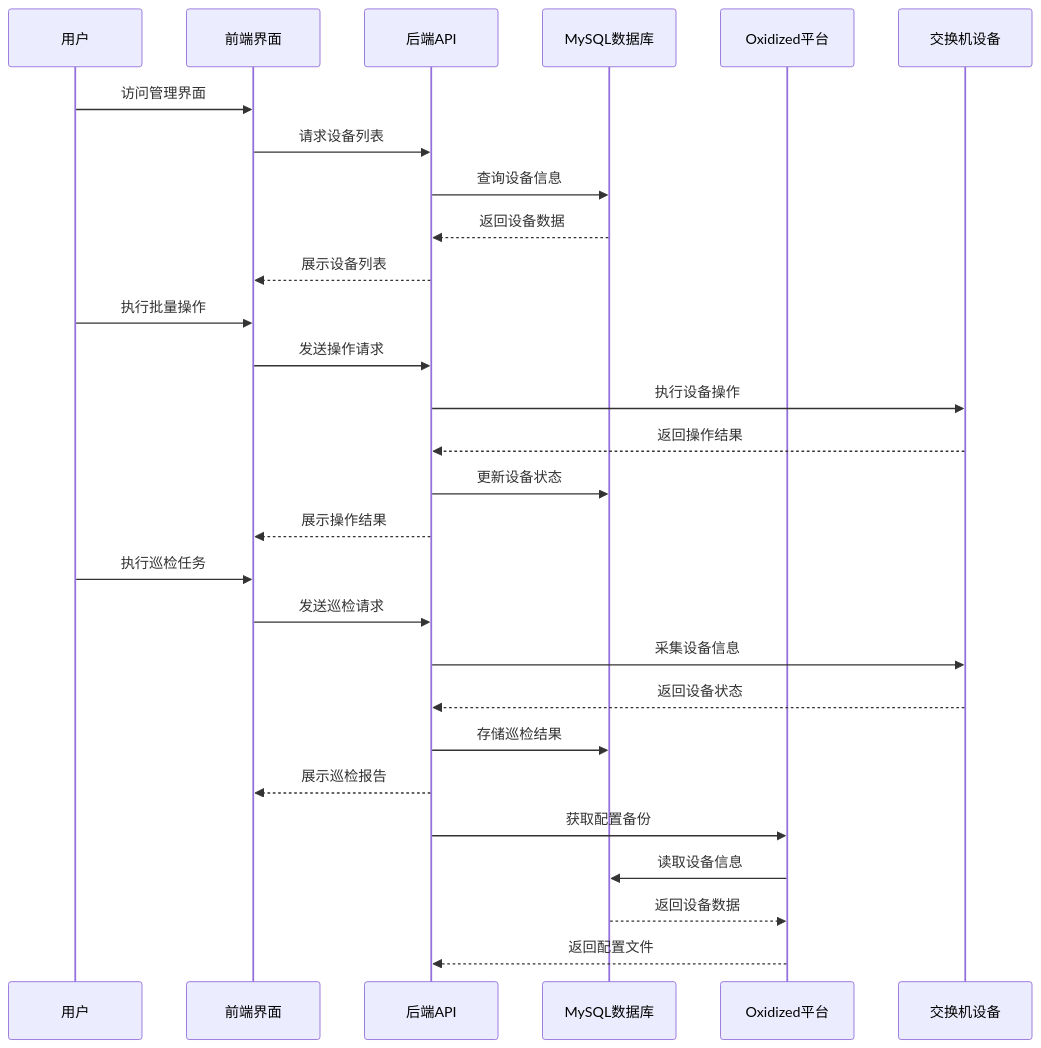
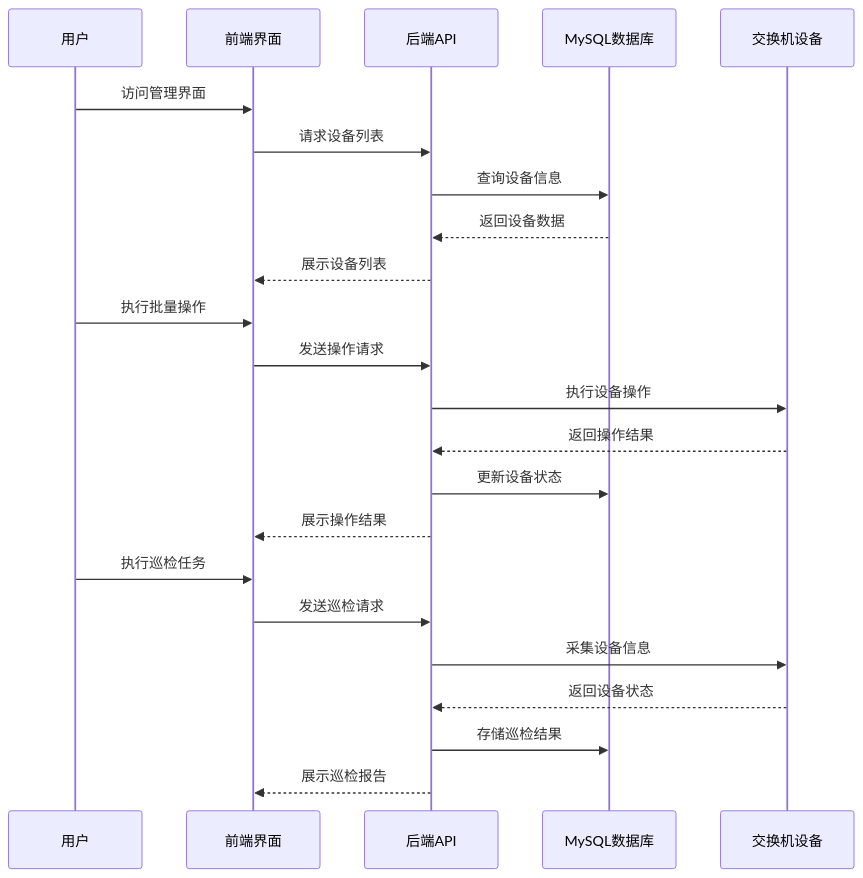
Before and after one commit to Cheney128/devopt_tools: the first of 2 diagrams in README.md, drawn with Mermaid. The commit also changed other lines of this file and 40 other files, not shown here.

````diff
--- a/README.md
+++ b/README.md
@@ -144,34 +126,28 @@
 ```mermaid
 sequenceDiagram
     participant User as 用户
     participant Frontend as 前端界面
     participant Backend as 后端API
     participant DB as MySQL数据库
-    participant Oxidized as Oxidized平台
     participant Switch as 交换机设备
 
     User->>Frontend: 访问管理界面
     Frontend->>Backend: 请求设备列表
     Backend->>DB: 查询设备信息
     DB-->>Backend: 返回设备数据
     Backend-->>Frontend: 展示设备列表
 
     User->>Frontend: 执行批量操作
     Frontend->>Backend: 发送操作请求
     Backend->>Switch: 执行设备操作
     Switch-->>Backend: 返回操作结果
     Backend->>DB: 更新设备状态
     Backend-->>Frontend: 展示操作结果
 
     User->>Frontend: 执行巡检任务
     Frontend->>Backend: 发送巡检请求
     Backend->>Switch: 采集设备信息
     Switch-->>Backend: 返回设备状态
     Backend->>DB: 存储巡检结果
     Backend-->>Frontend: 展示巡检报告
-
-    Backend->>Oxidized: 获取配置备份
-    Oxidized->>DB: 读取设备信息
-    DB-->>Oxidized: 返回设备数据
-    Oxidized-->>Backend: 返回配置文件
 ```
````
